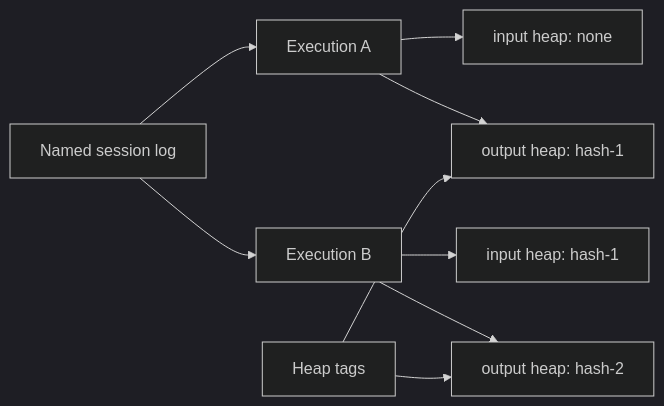
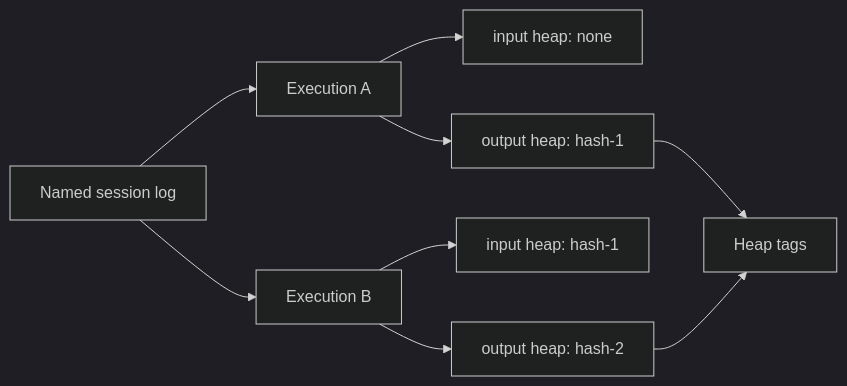
One commit to r33drichards/mcp-js changed the diagram in site-docs/concepts/sessions-and-heaps.md. Above: the diagram before and after it, drawn with Mermaid (dark theme).

Commit message:
docs: adjust heap tags diagram layout

````diff
--- a/site-docs/concepts/sessions-and-heaps.md
+++ b/site-docs/concepts/sessions-and-heaps.md
@@ -17,11 +17,11 @@
 ```mermaid
 flowchart LR
+  G[Named session log] --> A
+  G --> D
   A[Execution A] --> B[input heap: none]
   A --> C[output heap: hash-1]
   D[Execution B] --> E[input heap: hash-1]
   D --> F[output heap: hash-2]
-  G[Named session log] --> A
-  G --> D
-  H[Heap tags] --> C
-  H --> F
+  C --> H[Heap tags]
+  F --> H
 ```
````
